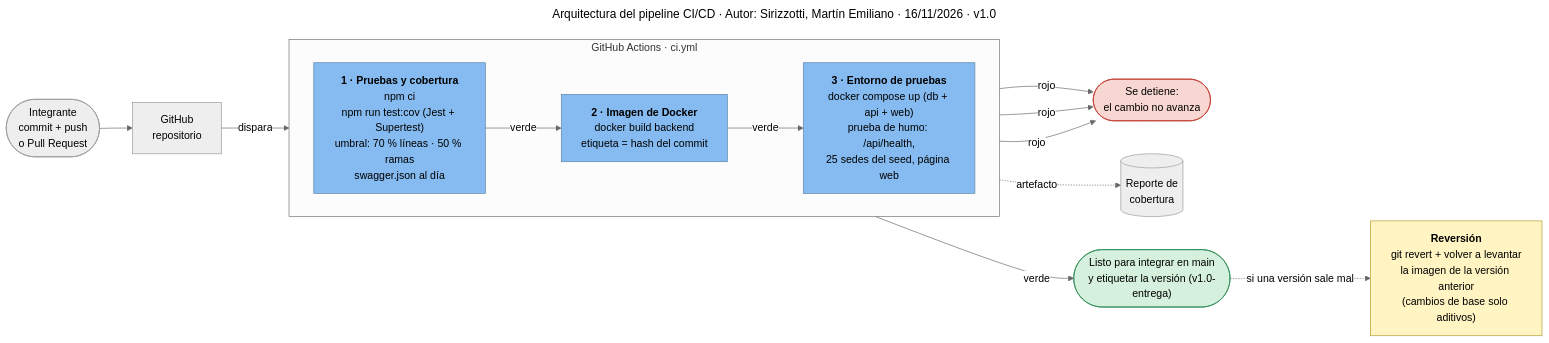
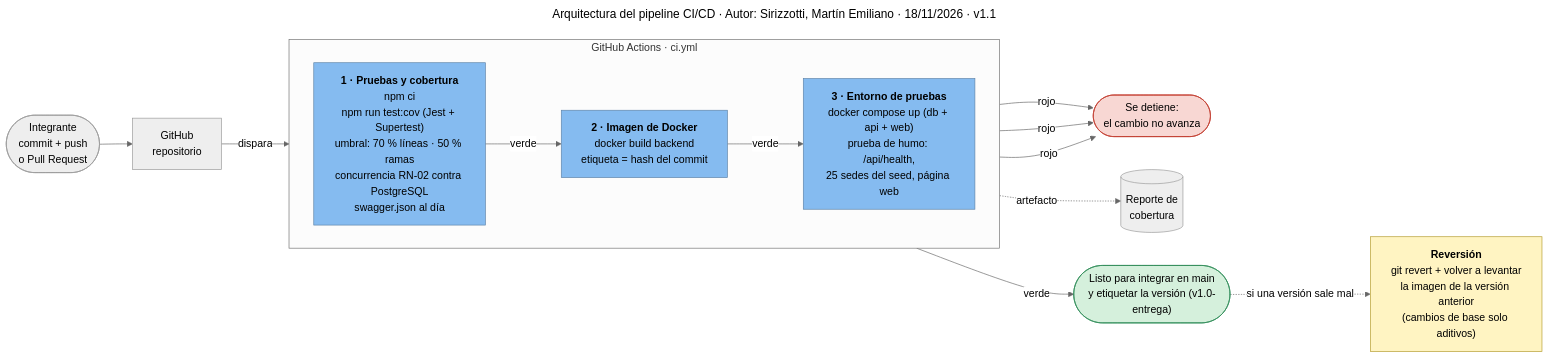
Before and after one commit to JackCannon92/TPI-Programaci-n-V---FitZone-Sport: the diagram in docs/diagramas/pipeline.mmd, drawn with Mermaid (neutral theme). The commit also changed 16 other files, not shown here.

First line of the commit message:
test: concurrencia de RN-02 contra PostgreSQL y evidencia de los RNF

```diff
--- a/docs/diagramas/pipeline.mmd
+++ b/docs/diagramas/pipeline.mmd
@@ -1,28 +1,28 @@
 ---
-title: "Arquitectura del pipeline CI/CD · Autor: Sirizzotti, Martín Emiliano · 16/11/2026 · v1.0"
+title: "Arquitectura del pipeline CI/CD · Autor: Sirizzotti, Martín Emiliano · 18/11/2026 · v1.1"
 ---
 %% Fuente: .github/workflows/ci.yml y docker-compose.yml (ADR-008 y ADR-009). Borrador generado con IA (Claude) y revisado por el autor.
 flowchart LR
   dev(["Integrante<br/>commit + push<br/>o Pull Request"]) --> gh["GitHub<br/>repositorio"]
   gh -- "dispara" --> e1
 
   subgraph actions["GitHub Actions · ci.yml"]
     direction LR
-    e1["<b>1 · Pruebas y cobertura</b><br/>npm ci<br/>npm run test:cov (Jest + Supertest)<br/>umbral: 70 % líneas · 50 % ramas<br/>swagger.json al día"] -- "verde" --> e2
+    e1["<b>1 · Pruebas y cobertura</b><br/>npm ci<br/>npm run test:cov (Jest + Supertest)<br/>umbral: 70 % líneas · 50 % ramas<br/>concurrencia RN-02 contra PostgreSQL<br/>swagger.json al día"] -- "verde" --> e2
     e2["<b>2 · Imagen de Docker</b><br/>docker build backend<br/>etiqueta = hash del commit"] -- "verde" --> e3
     e3["<b>3 · Entorno de pruebas</b><br/>docker compose up (db + api + web)<br/>prueba de humo: /api/health,<br/>25 sedes del seed, página web"]
   end
 
   e1 -- "rojo" --> stop(["Se detiene:<br/>el cambio no avanza"])
   e2 -- "rojo" --> stop
   e3 -- "rojo" --> stop
   e1 -. "artefacto" .-> cov[("Reporte de<br/>cobertura")]
   e3 -- "verde" --> ok(["Listo para integrar en main<br/>y etiquetar la versión (v1.0-entrega)"])
 
   ok -. "si una versión sale mal" .-> rev["<b>Reversión</b><br/>git revert + volver a levantar<br/>la imagen de la versión anterior<br/>(cambios de base solo aditivos)"]
 
   classDef etapa fill:#85bbf0,stroke:#5d82a8,color:#000
   class e1,e2,e3 etapa
   style stop fill:#f8d7d3,stroke:#c0392b
   style ok fill:#d5f0dc,stroke:#2e8b57
   style rev fill:#fff4c2,stroke:#b39b2d
```
